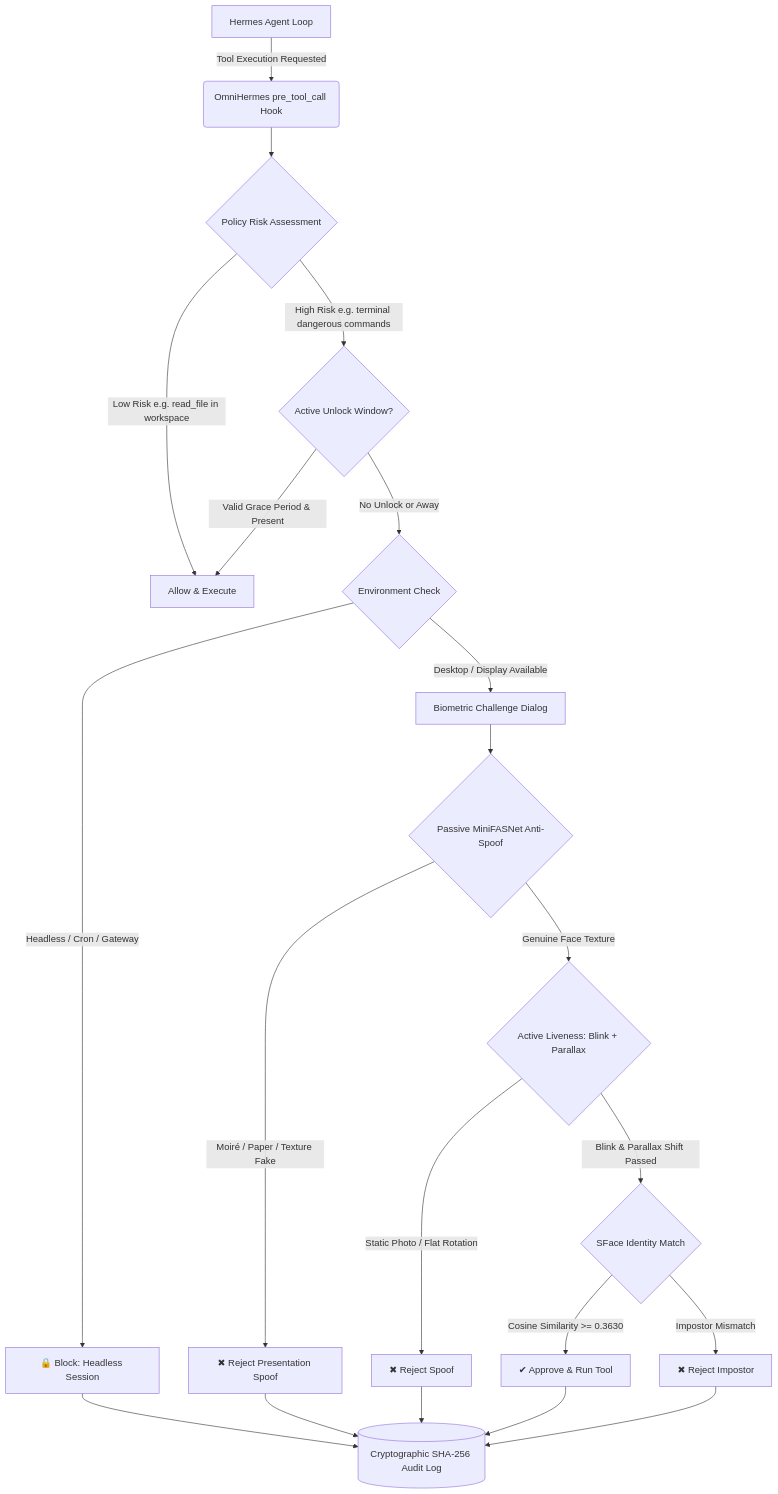
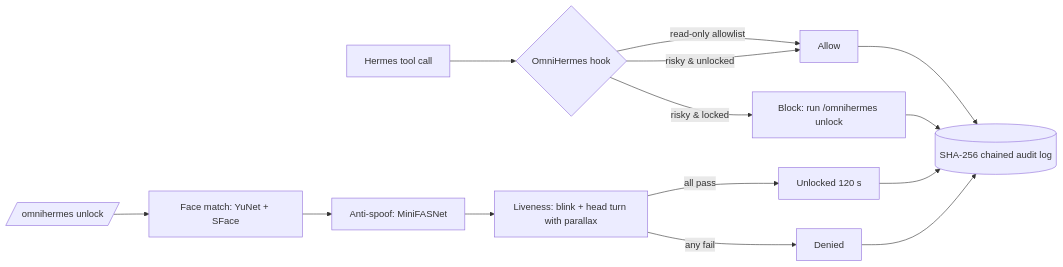
Before and after one commit to DataGuy-Eterniti/OmniHermes: the diagram in README.md, drawn with Mermaid. The commit also changed other lines of this file, not shown here.

````diff
--- a/README.md
+++ b/README.md
@@ -14,19 +44,13 @@
 ```mermaid
-flowchart TD
-    A[Hermes Agent Loop] -->|Tool Execution Requested| B(OmniHermes pre_tool_call Hook)
-    B --> C{Policy Risk Assessment}
-    C -->|Low Risk e.g. read_file in workspace| D[Allow & Execute]
-    C -->|High Risk e.g. terminal dangerous commands| E{Active Unlock Window?}
-    E -->|Valid Grace Period & Present| D
-    E -->|No Unlock or Away| F{Environment Check}
-    F -->|Headless / Cron / Gateway| G[🔒 Block: Headless Session]
-    F -->|Desktop / Display Available| H[Biometric Challenge Dialog]
-    H --> I{Passive MiniFASNet Anti-Spoof}
-    I -->|Moiré / Paper / Texture Fake| J[✖ Reject Presentation Spoof]
-    I -->|Genuine Face Texture| K{Active Liveness: Blink + Parallax}
-    K -->|Static Photo / Flat Rotation| L[✖ Reject Spoof]
-    K -->|Blink & Parallax Shift Passed| M{SFace Identity Match}
-    M -->|Cosine Similarity >= 0.3630| N[✔ Approve & Run Tool]
-    M -->|Impostor Mismatch| O[✖ Reject Impostor]
-    G & J & L & N & O --> P[(Cryptographic SHA-256 Audit Log)]
+flowchart LR
+    A[Hermes tool call] --> B{OmniHermes hook}
+    B -->|read-only allowlist| C[Allow]
+    B -->|risky & unlocked| C
+    B -->|risky & locked| D[Block: run /omnihermes unlock]
+    E[/omnihermes unlock/] --> F[Face match: YuNet + SFace]
+    F --> G[Anti-spoof: MiniFASNet]
+    G --> H[Liveness: blink + head turn with parallax]
+    H -->|all pass| I[Unlocked 120 s]
+    H -->|any fail| J[Denied]
+    C & D & I & J --> K[(SHA-256 chained audit log)]
 ```
````
